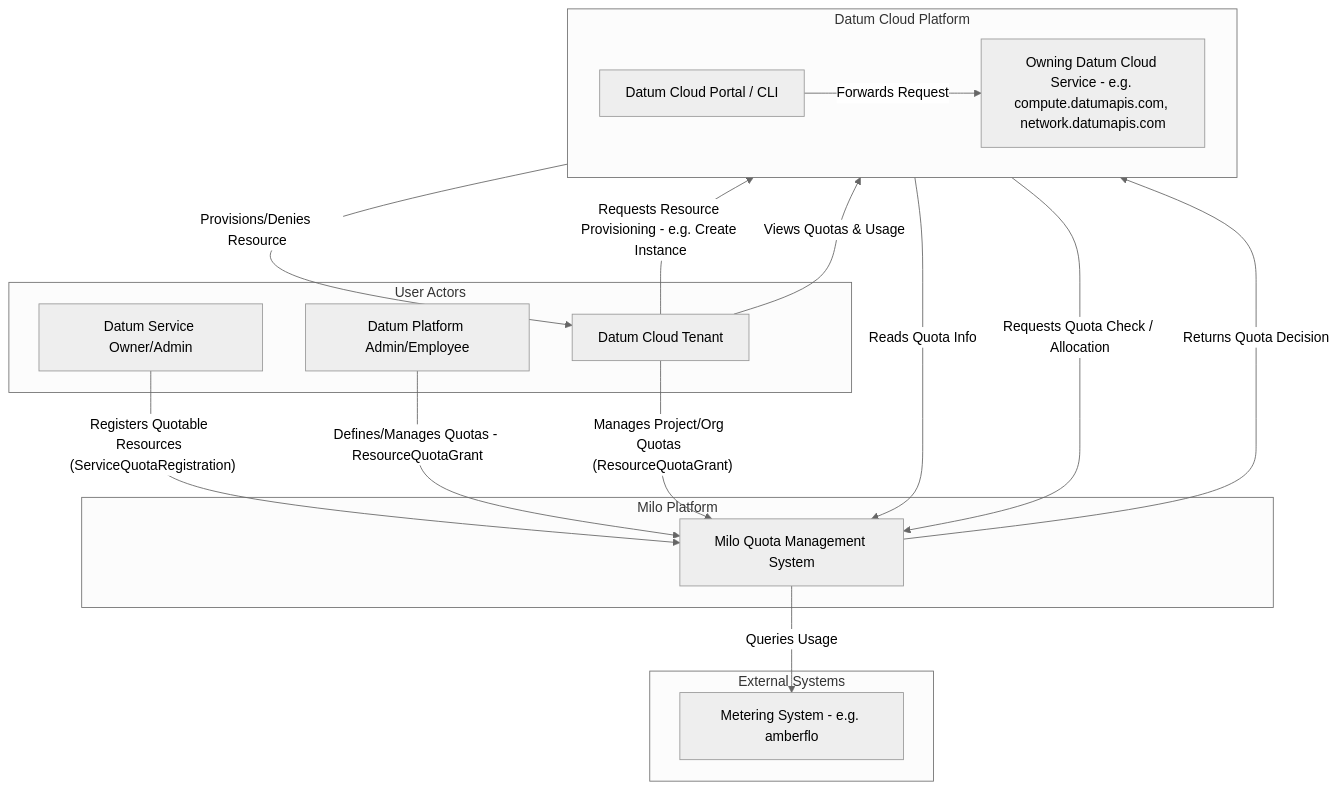
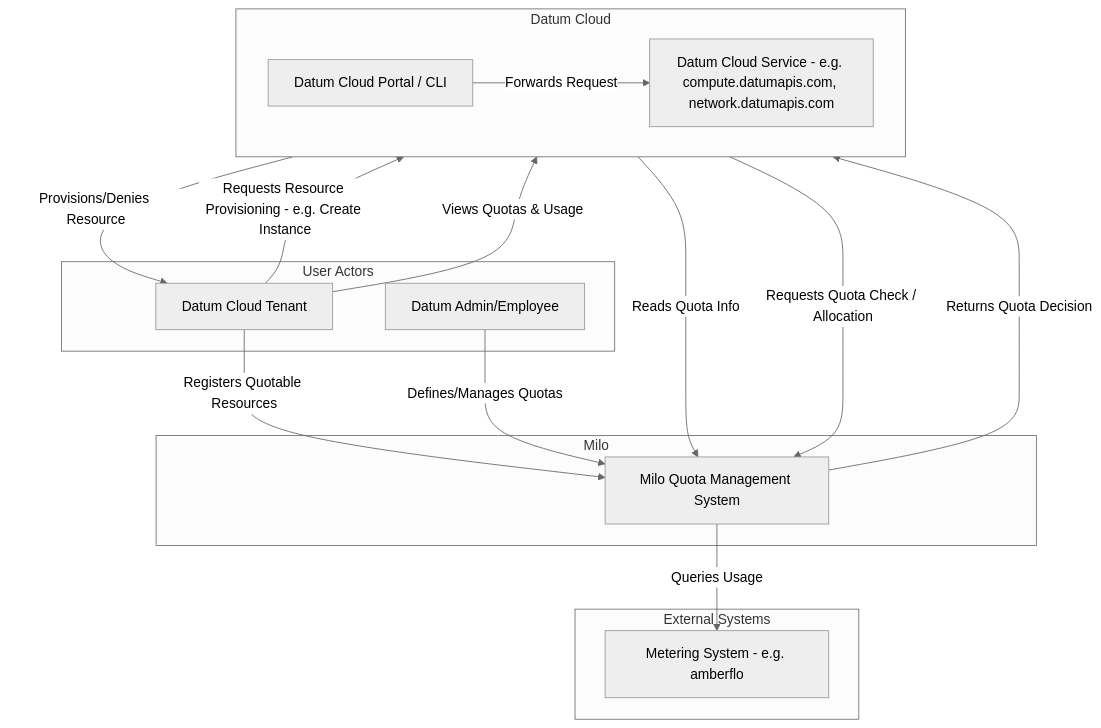
Before and after one commit to datum-cloud/enhancements: the first of 3 diagrams in enhancements/platform/quota-management/README.md, drawn with Mermaid (neutral theme). The commit also changed other lines of this file and 1 other file, not shown here.

Commit message:
enh(quota): updates C1 and C2 diagrams, adds clarity

````diff
--- a/enhancements/platform/quota-management/README.md
+++ b/enhancements/platform/quota-management/README.md
@@ -864,38 +987,36 @@
 ```mermaid
-%% C1 - System Context Diagram: Milo Quota Management
+%% C1 - System Context Diagram: Milo Quota Management System
 graph TD
     subgraph User Actors
         Tenant[Datum Cloud Tenant]
-        SvcOwner[Datum Service Owner/Admin]
-        PlatAdmin[Datum Platform Admin/Employee]
+        PlatAdmin[Datum Admin/Employee]
     end
 
-    subgraph Datum Cloud Platform
+    subgraph Datum Cloud
         direction LR
         CloudPortal[Datum Cloud Portal / CLI]
-        OwningService[Owning Datum Cloud Service - e.g. compute.datumapis.com, network.datumapis.com]
+        CloudService[Datum Cloud Service - e.g. compute.datumapis.com, network.datumapis.com]
     end
 
-    subgraph Milo Platform
+    subgraph Milo
         QuotaSystem[Milo Quota Management System]
     end
 
     subgraph External Systems
         MeteringSystem[Metering System - e.g. amberflo]
     end
 
     Tenant -- "Requests Resource Provisioning - e.g. Create Instance" --> CloudPortal
-    CloudPortal -- "Forwards Request" --> OwningService
+    CloudPortal -- "Forwards Request" --> CloudService
     Tenant -- "Views Quotas & Usage" --> CloudPortal
     CloudPortal -- "Reads Quota Info" --> QuotaSystem
 
-    OwningService -- "Requests Quota Check / Allocation" --> QuotaSystem
+    CloudService -- "Requests Quota Check / Allocation" --> QuotaSystem
     QuotaSystem -- "Queries Usage" --> MeteringSystem
-    QuotaSystem -- "Returns Quota Decision" --> OwningService
-    OwningService -- "Provisions/Denies Resource" --> Tenant
+    QuotaSystem -- "Returns Quota Decision" --> CloudService
+    CloudService -- "Provisions/Denies Resource" --> Tenant
 
-    SvcOwner -- "Registers Quotable Resources <br> (ServiceQuotaRegistration)" --> QuotaSystem
-    PlatAdmin -- "Defines/Manages Quotas - ResourceQuotaGrant" --> QuotaSystem
-    Tenant -- "Manages Project/Org Quotas <br> (ResourceQuotaGrant)" --> QuotaSystem
- 
+    Tenant -- "Registers Quotable Resources" --> QuotaSystem
+    PlatAdmin -- "Defines/Manages Quotas" --> QuotaSystem
+
 ```
````
